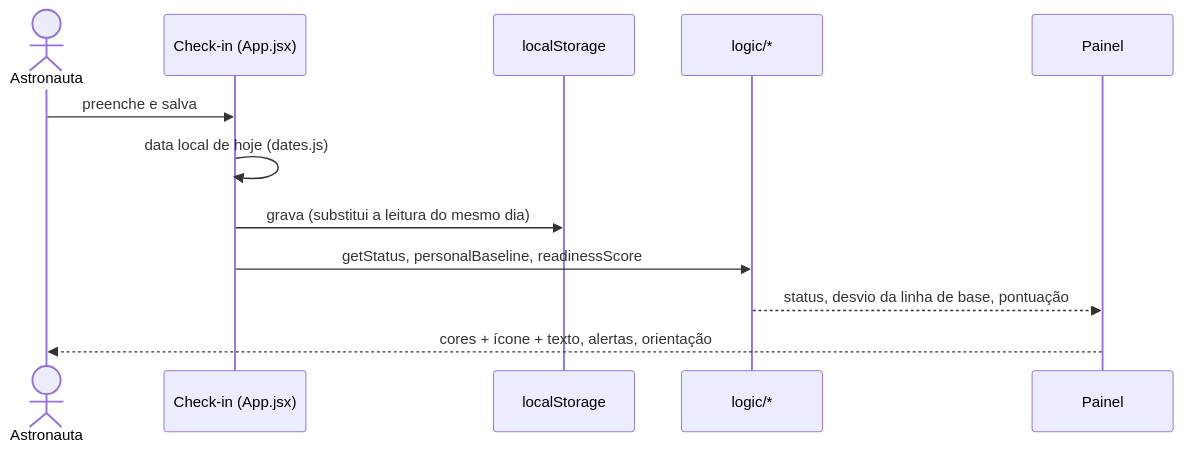
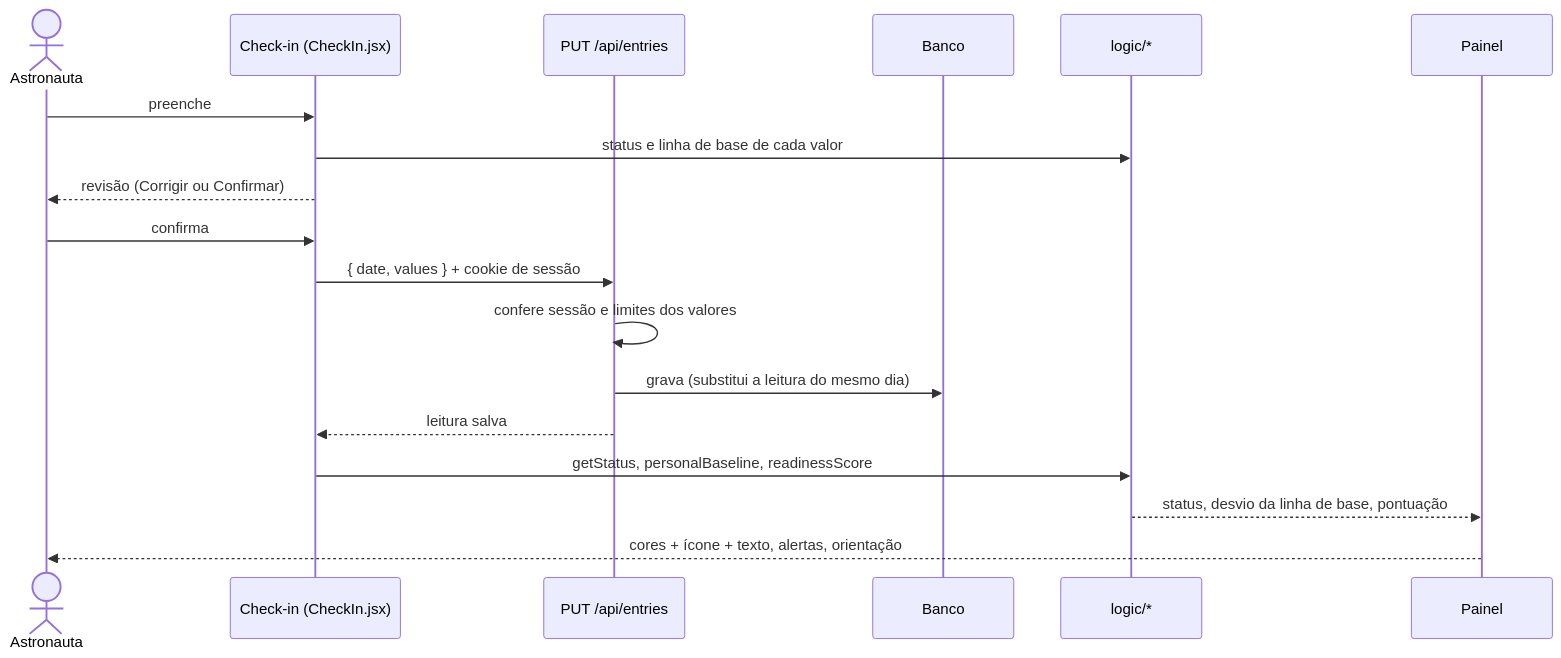
Before and after one commit to arthursouto09/Health-Monitoring-Software: the second of 3 diagrams in docs/arquitetura.md, drawn with Mermaid. The commit also changed other lines of this file and 6 other files, not shown here.

Commit message:
docs: documenta o back-end, o login, a revisão do check-in, o Docker e o deploy na Vercel

````diff
--- a/docs/arquitetura.md
+++ b/docs/arquitetura.md
@@ -57,15 +74,21 @@
 ```mermaid
 sequenceDiagram
     actor A as Astronauta
-    participant C as Check-in (App.jsx)
-    participant S as localStorage
+    participant C as Check-in (CheckIn.jsx)
+    participant API as PUT /api/entries
+    participant DB as Banco
     participant L as logic/*
     participant P as Painel
 
-    A->>C: preenche e salva
-    C->>C: data local de hoje (dates.js)
-    C->>S: grava (substitui a leitura do mesmo dia)
+    A->>C: preenche
+    C->>L: status e linha de base de cada valor
+    C-->>A: revisão (Corrigir ou Confirmar)
+    A->>C: confirma
+    C->>API: { date, values } + cookie de sessão
+    API->>API: confere sessão e limites dos valores
+    API->>DB: grava (substitui a leitura do mesmo dia)
+    API-->>C: leitura salva
     C->>L: getStatus, personalBaseline, readinessScore
     L-->>P: status, desvio da linha de base, pontuação
     P-->>A: cores + ícone + texto, alertas, orientação
 ```
````
